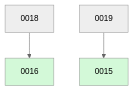
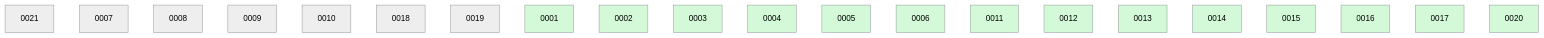
The diagram in docs/changes/BOARD.md (danielhanold/docket), drawn with Mermaid (neutral theme) before and after one commit. The commit also changed other lines of this file, not shown here.

Commit message:
board: 0021 in-progress — 1 in-progress · 6 proposed · 14 done

````diff
--- a/docs/changes/BOARD.md
+++ b/docs/changes/BOARD.md
@@ -17,6 +22,25 @@
 ```mermaid
 graph TD
-  0018 --> 0016:::done
-  0019 --> 0015:::done
+  0021
+  0007
+  0008
+  0009
+  0010
+  0018
+  0019
+  0001:::done
+  0002:::done
+  0003:::done
+  0004:::done
+  0005:::done
+  0006:::done
+  0011:::done
+  0012:::done
+  0013:::done
+  0014:::done
+  0015:::done
+  0016:::done
+  0017:::done
+  0020:::done
   classDef done fill:#d3f9d8;
 ```
````
